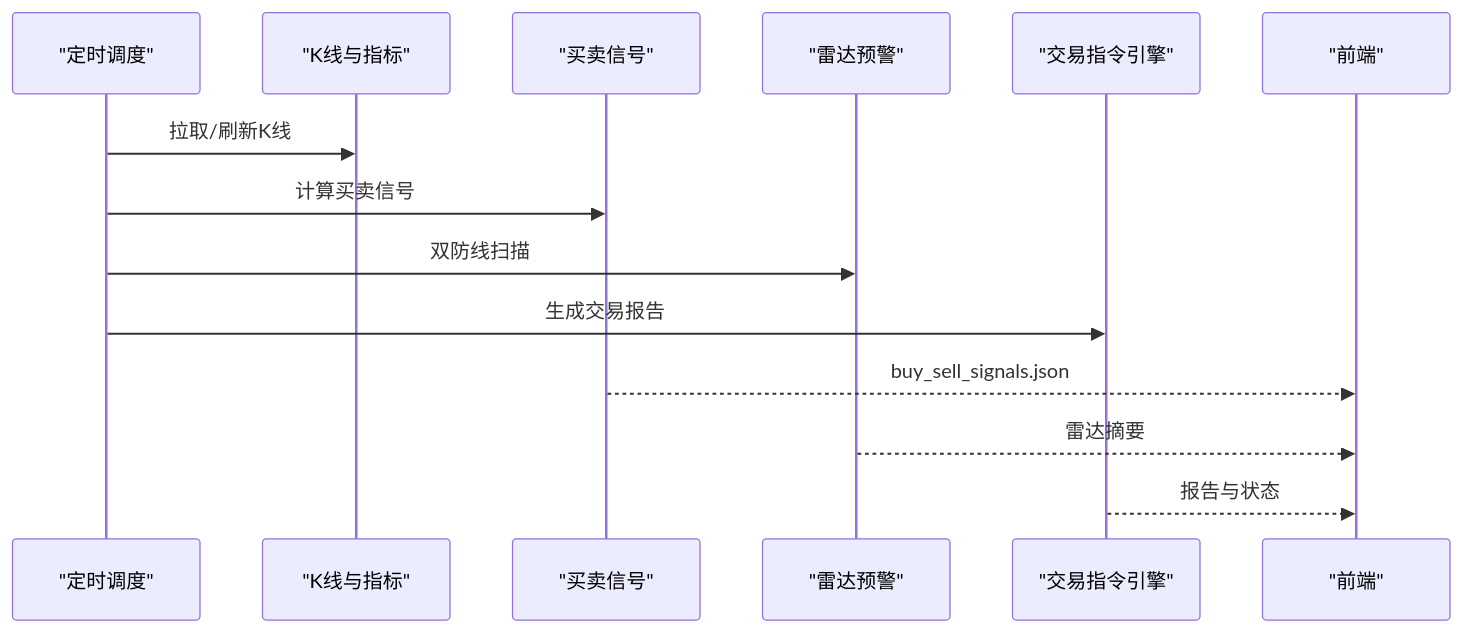
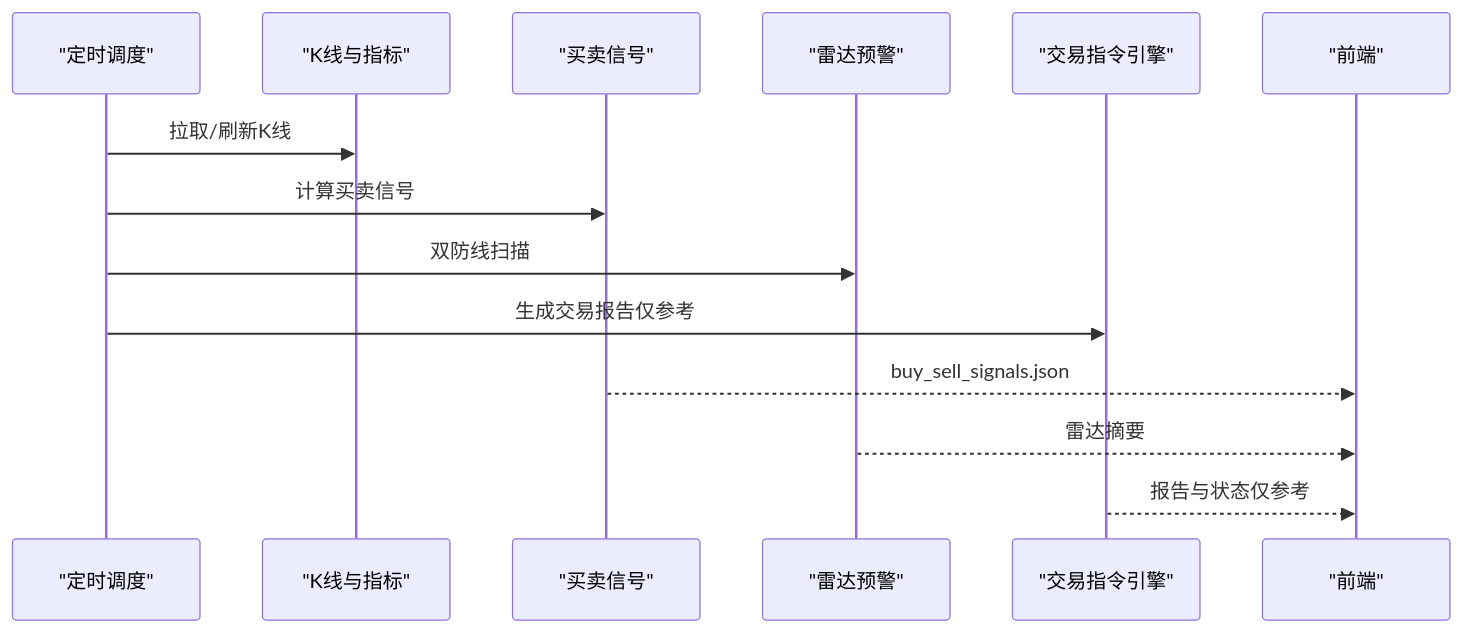
One commit to dexy1024/fin-analysis changed the second of 9 diagrams in .qoder/repowiki/zh/content/项目概述/核心功能/买卖信号分析.md. Above: the diagram before and after it, drawn with Mermaid. The commit also changed other lines of this file and 8 other files, not shown here.

````diff
--- a/.qoder/repowiki/zh/content/项目概述/核心功能/买卖信号分析.md
+++ b/.qoder/repowiki/zh/content/项目概述/核心功能/买卖信号分析.md
@@ -129,16 +130,16 @@
 ```mermaid
 sequenceDiagram
 participant Scheduler as "定时调度"
 participant Indicators as "K线与指标"
 participant Signals as "买卖信号"
 participant Radar as "雷达预警"
 participant Engine as "交易指令引擎"
 participant Frontend as "前端"
 Scheduler->>Indicators : 拉取/刷新K线
 Scheduler->>Signals : 计算买卖信号
 Scheduler->>Radar : 双防线扫描
-Scheduler->>Engine : 生成交易报告
+Scheduler->>Engine : 生成交易报告仅参考
 Signals-->>Frontend : buy_sell_signals.json
 Radar-->>Frontend : 雷达摘要
-Engine-->>Frontend : 报告与状态
+Engine-->>Frontend : 报告与状态仅参考
 ```
````
